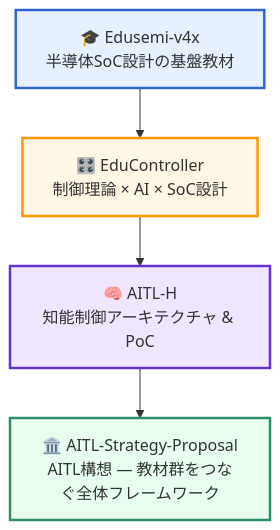
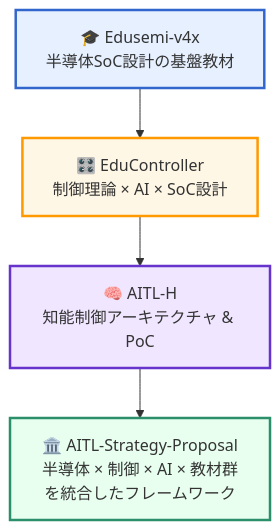
Before and after one commit to Samizo-AITL/Samizo-AITL.github.io: the diagram in index.md, drawn with Mermaid. The commit also changed other lines of this file, not shown here.

````diff
--- a/index.md
+++ b/index.md
@@ -90,12 +89,12 @@
 ```mermaid
 flowchart TD
     A[🎓 Edusemi-v4x<br/>半導体SoC設計の基盤教材] 
         --> B[🎛️ EduController<br/>制御理論 × AI × SoC設計] 
         --> C[🧠 AITL-H<br/>知能制御アーキテクチャ & PoC]
-        --> D[🏛️ AITL-Strategy-Proposal<br/>AITL構想 ― 教材群をつなぐ全体フレームワーク]
+        --> D[🏛️ AITL-Strategy-Proposal<br/>半導体 × 制御 × AI × 教材群を統合したフレームワーク]
 
     style A fill:#e6f0ff,stroke:#3366cc,stroke-width:2.5px
     style B fill:#fff7e6,stroke:#ff9900,stroke-width:2.5px
     style C fill:#f0e6ff,stroke:#6633cc,stroke-width:2.5px
     style D fill:#e8fff0,stroke:#2a8f6a,stroke-width:2.5px
 ```
````
